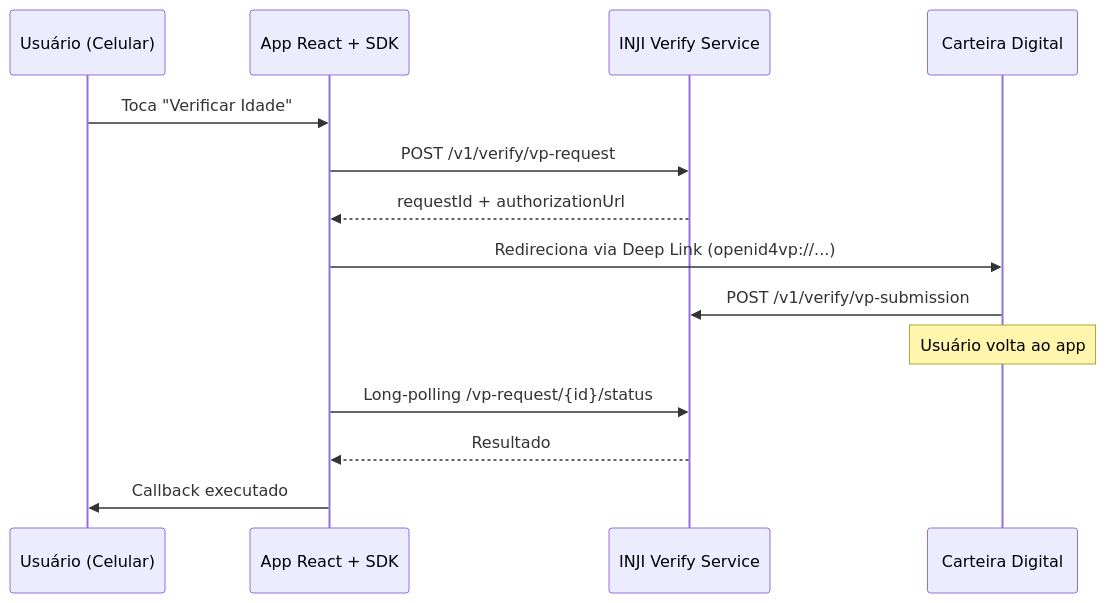
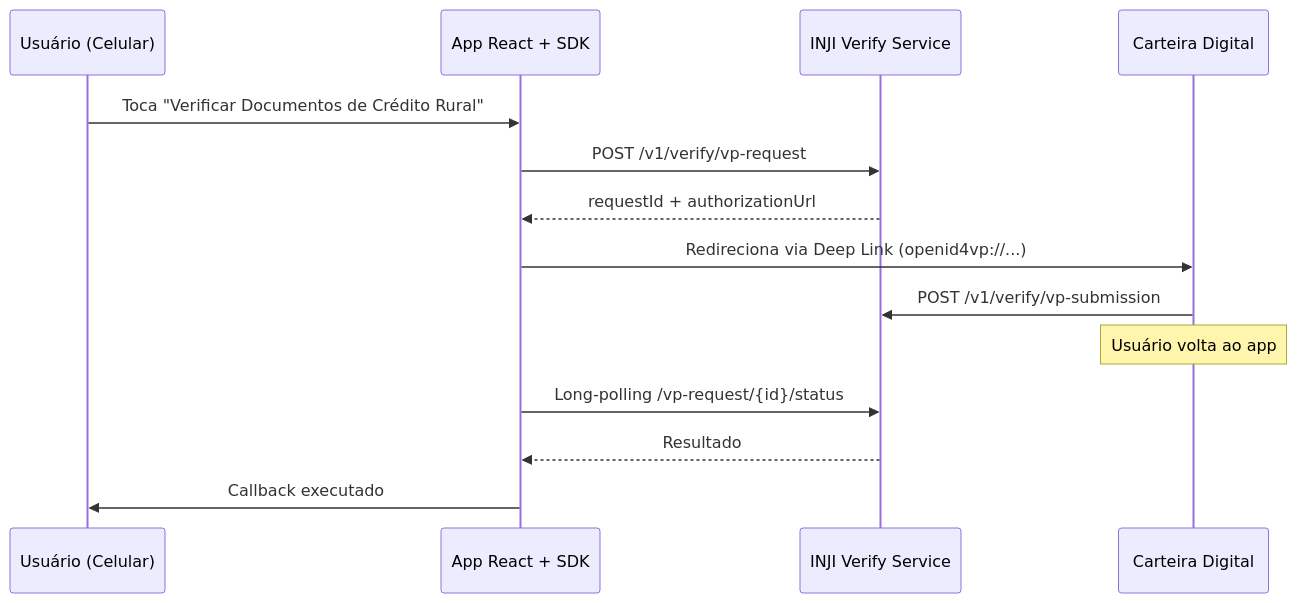
Before and after one commit to infraestrutura-digital/verifica-docs-rural_dev: the diagram in integra-mobile.qmd, drawn with Mermaid. The commit also changed other lines of this file and 10 other files, not shown here.

Commit message:
Limpeza para  considerar os documentos de crédito rural

````diff
--- a/integra-mobile.qmd
+++ b/integra-mobile.qmd
@@ -11,17 +11,17 @@
 ```{mermaid}
 sequenceDiagram
     participant U as Usuário (Celular)
     participant SDK as App React + SDK
     participant VS as INJI Verify Service
     participant W as Carteira Digital
 
-    U->>SDK: Toca "Verificar Idade"
+    U->>SDK: Toca "Verificar Documentos de Crédito Rural"
     SDK->>VS: POST /v1/verify/vp-request
     VS-->>SDK: requestId + authorizationUrl
     SDK->>W: Redireciona via Deep Link (openid4vp://...)
     W->>VS: POST /v1/verify/vp-submission
     Note over W: Usuário volta ao app
     SDK->>VS: Long-polling /vp-request/{id}/status
     VS-->>SDK: Resultado
     SDK->>U: Callback executado
 ```
````
